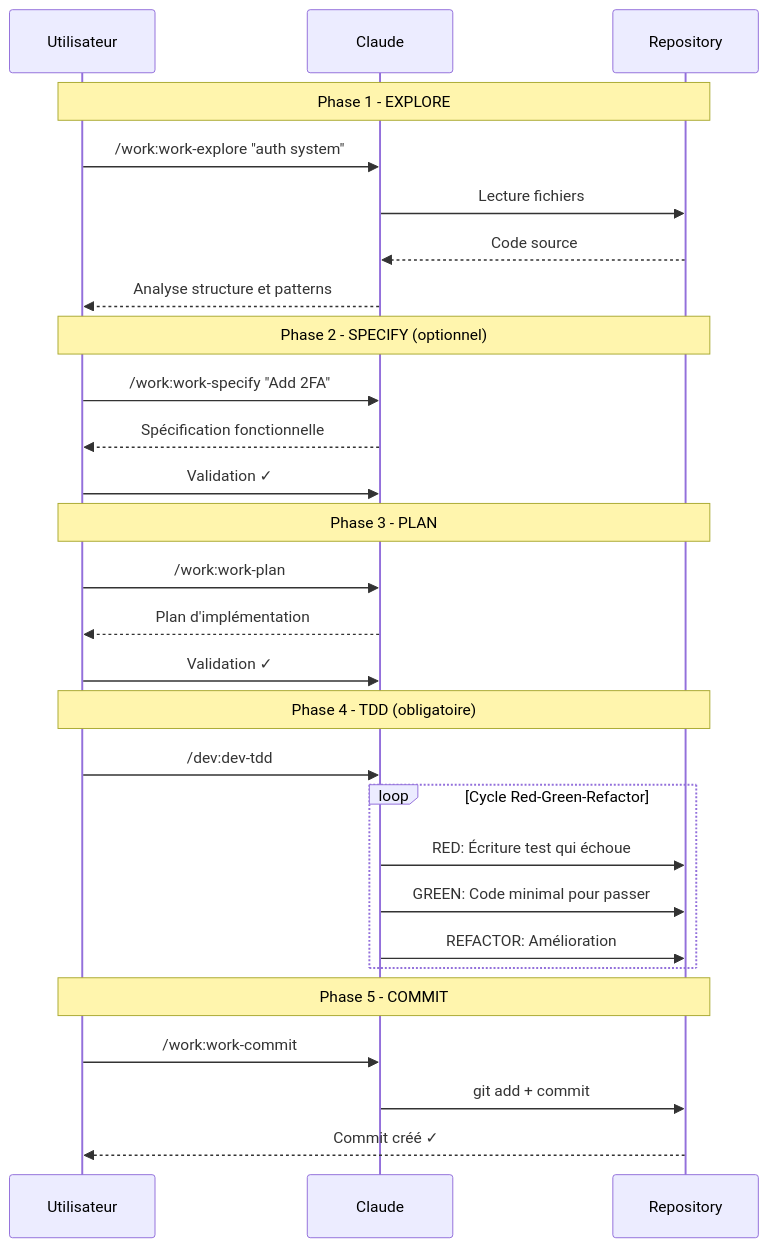
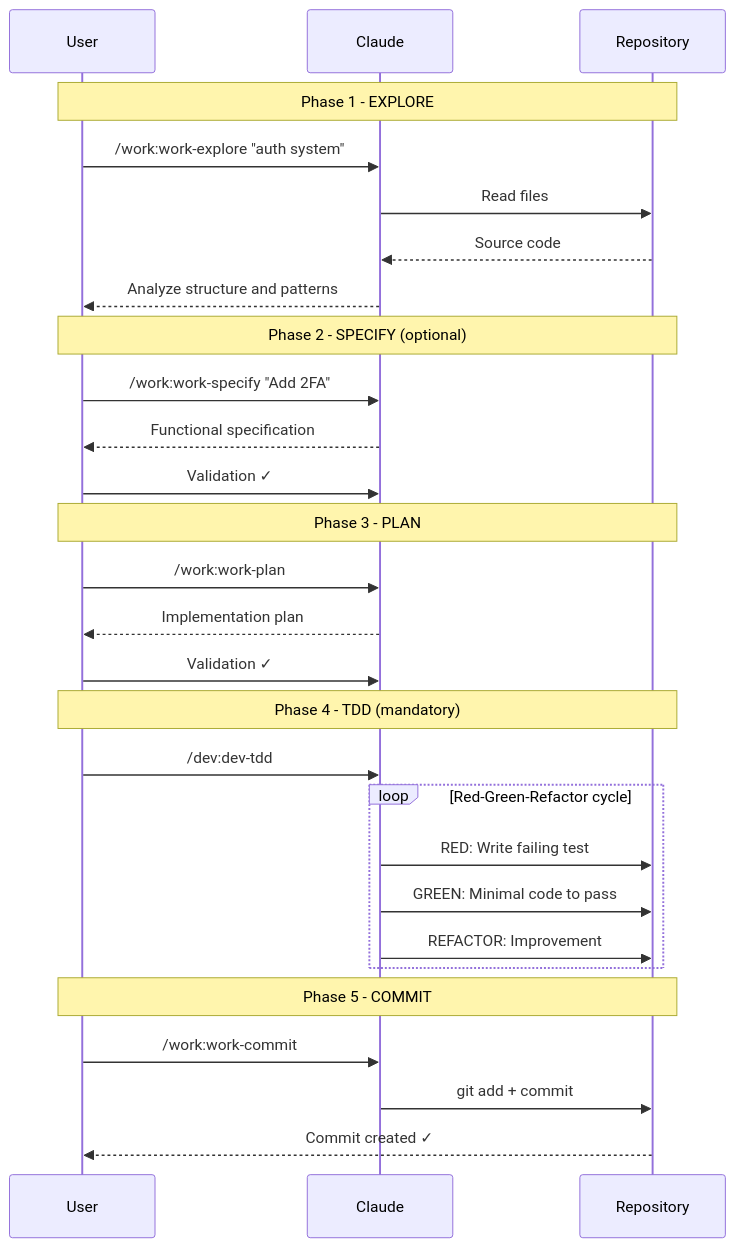
The diagram in website/docs/workflow/explore-plan-code-commit.md (christopherlouet/claude-base), drawn with Mermaid before and after one commit. The commit also changed other lines of this file and 1 other file, not shown here.

Commit message:
feat(migration): translate website/docs/workflow/explore-plan-code-commit.md (tier 4)

````diff
--- a/website/docs/workflow/explore-plan-code-commit.md
+++ b/website/docs/workflow/explore-plan-code-commit.md
@@ -17,35 +17,35 @@
 ```mermaid
 sequenceDiagram
-    participant U as Utilisateur
+    participant U as User
     participant C as Claude
     participant R as Repository
 
     Note over U,R: Phase 1 - EXPLORE
     U->>C: /work:work-explore "auth system"
-    C->>R: Lecture fichiers
-    R-->>C: Code source
-    C-->>U: Analyse structure et patterns
+    C->>R: Read files
+    R-->>C: Source code
+    C-->>U: Analyze structure and patterns
 
-    Note over U,R: Phase 2 - SPECIFY (optionnel)
+    Note over U,R: Phase 2 - SPECIFY (optional)
     U->>C: /work:work-specify "Add 2FA"
-    C-->>U: Spécification fonctionnelle
+    C-->>U: Functional specification
     U->>C: Validation ✓
 
     Note over U,R: Phase 3 - PLAN
     U->>C: /work:work-plan
-    C-->>U: Plan d'implémentation
+    C-->>U: Implementation plan
     U->>C: Validation ✓
 
-    Note over U,R: Phase 4 - TDD (obligatoire)
+    Note over U,R: Phase 4 - TDD (mandatory)
     U->>C: /dev:dev-tdd
-    loop Cycle Red-Green-Refactor
-        C->>R: RED: Écriture test qui échoue
-        C->>R: GREEN: Code minimal pour passer
-        C->>R: REFACTOR: Amélioration
+    loop Red-Green-Refactor cycle
+        C->>R: RED: Write failing test
+        C->>R: GREEN: Minimal code to pass
+        C->>R: REFACTOR: Improvement
     end
 
     Note over U,R: Phase 5 - COMMIT
     U->>C: /work:work-commit
     C->>R: git add + commit
-    R-->>U: Commit créé ✓
+    R-->>U: Commit created ✓
 ```
````
